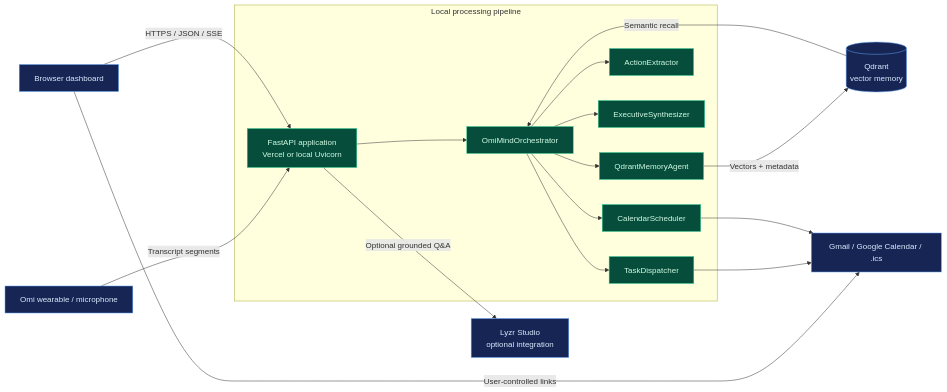
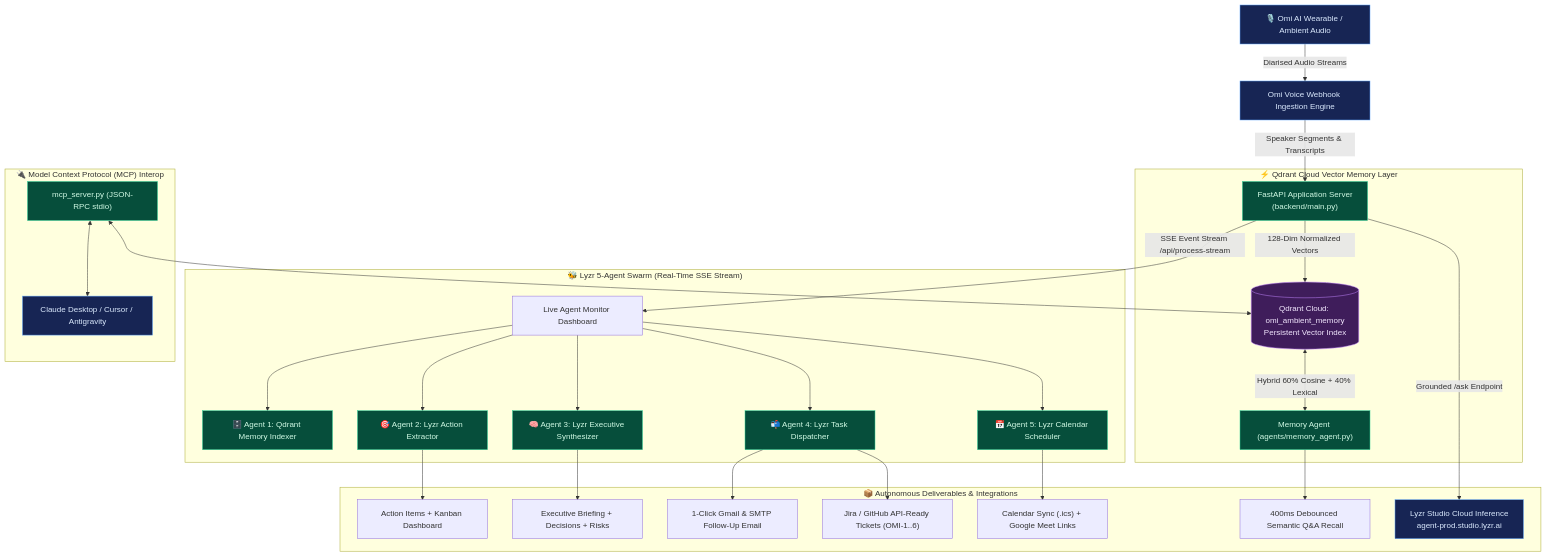
The diagram in docs/ARCHITECTURE.md (masood-mashu/omimind-agent), drawn with Mermaid before and after one commit. The commit also changed other lines of this file and 3 other files, not shown here.

Commit message:
docs: align README and architecture diagrams with official hackathon submission requirements

````diff
--- a/docs/ARCHITECTURE.md
+++ b/docs/ARCHITECTURE.md
@@ -5,28 +5,41 @@
 ```mermaid
-flowchart LR
-    Omi["Omi wearable / microphone"] -->|Transcript segments| Edge["FastAPI application\nVercel or local Uvicorn"]
-    Browser["Browser dashboard"] -->|HTTPS / JSON / SSE| Edge
+flowchart TD
+    User["🎙️ Omi AI Wearable / Ambient Audio"] -->|Diarised Audio Streams| Omi["Omi Voice Webhook Ingestion Engine"]
+    Omi -->|Speaker Segments & Transcripts| API["FastAPI Application Server<br/>(backend/main.py)"]
 
-    subgraph Processing["Local processing pipeline"]
-        Edge --> Orchestrator["OmiMindOrchestrator"]
-        Orchestrator --> Memory["QdrantMemoryAgent"]
-        Orchestrator --> Actions["ActionExtractor"]
-        Orchestrator --> Synthesis["ExecutiveSynthesizer"]
-        Orchestrator --> Tasks["TaskDispatcher"]
-        Orchestrator --> Calendar["CalendarScheduler"]
+    subgraph QDRANT ["⚡ Qdrant Cloud Vector Memory Layer"]
+        API -->|128-Dim Normalized Vectors| Qdrant[("Qdrant Cloud: omi_ambient_memory<br/>Persistent Vector Index")]
+        Qdrant <-->|Hybrid 60% Cosine + 40% Lexical| MemAgent["Memory Agent (agents/memory_agent.py)"]
     end
 
-    Memory -->|Vectors + metadata| Qdrant[("Qdrant\nvector memory")]
-    Qdrant -->|Semantic recall| Orchestrator
+    subgraph LYZR ["🐝 Lyzr 5-Agent Swarm (Real-Time SSE Stream)"]
+        API -->|SSE Event Stream /api/process-stream| Stream["Live Agent Monitor Dashboard"]
+        Stream --> A1["🗄️ Agent 1: Qdrant Memory Indexer"]
+        Stream --> A2["🎯 Agent 2: Lyzr Action Extractor"]
+        Stream --> A3["🧠 Agent 3: Lyzr Executive Synthesizer"]
+        Stream --> A4["📬 Agent 4: Lyzr Task Dispatcher"]
+        Stream --> A5["📅 Agent 5: Lyzr Calendar Scheduler"]
+    end
 
-    Edge -->|Optional grounded Q&A| Lyzr["Lyzr Studio\noptional integration"]
-    Browser -->|User-controlled links| Outputs["Gmail / Google Calendar / .ics"]
-    Tasks --> Outputs
-    Calendar --> Outputs
+    subgraph OUTPUTS ["📦 Autonomous Deliverables & Integrations"]
+        A2 --> Actions["Action Items + Kanban Dashboard"]
+        A3 --> Dossier["Executive Briefing + Decisions + Risks"]
+        A4 --> Email["1-Click Gmail & SMTP Follow-Up Email"]
+        A4 --> Jira["Jira / GitHub API-Ready Tickets (OMI-1..6)"]
+        A5 --> Calendar["Calendar Sync (.ics) + Google Meet Links"]
+        MemAgent --> QnA["400ms Debounced Semantic Q&A Recall"]
+        API -->|Grounded /ask Endpoint| Studio["Lyzr Studio Cloud Inference<br/>agent-prod.studio.lyzr.ai"]
+    end
+
+    subgraph MCP ["🔌 Model Context Protocol (MCP) Interop"]
+        MCP_Server["mcp_server.py (JSON-RPC stdio)"] <--> Qdrant
+        MCP_Server <--> ExternalAgents["Claude Desktop / Cursor / Antigravity"]
+    end
 
     classDef external fill:#172554,stroke:#60a5fa,color:#dbeafe;
     classDef service fill:#064e3b,stroke:#34d399,color:#d1fae5;
     classDef store fill:#3f1d5b,stroke:#c084fc,color:#f3e8ff;
-    class Omi,Browser,Qdrant,Lyzr,Outputs external;
-    class Edge,Orchestrator,Memory,Actions,Synthesis,Tasks,Calendar service;
+    class User,Omi,Studio,ExternalAgents external;
+    class API,MemAgent,A1,A2,A3,A4,A5,MCP_Server service;
+    class Qdrant store;
 ```
````
